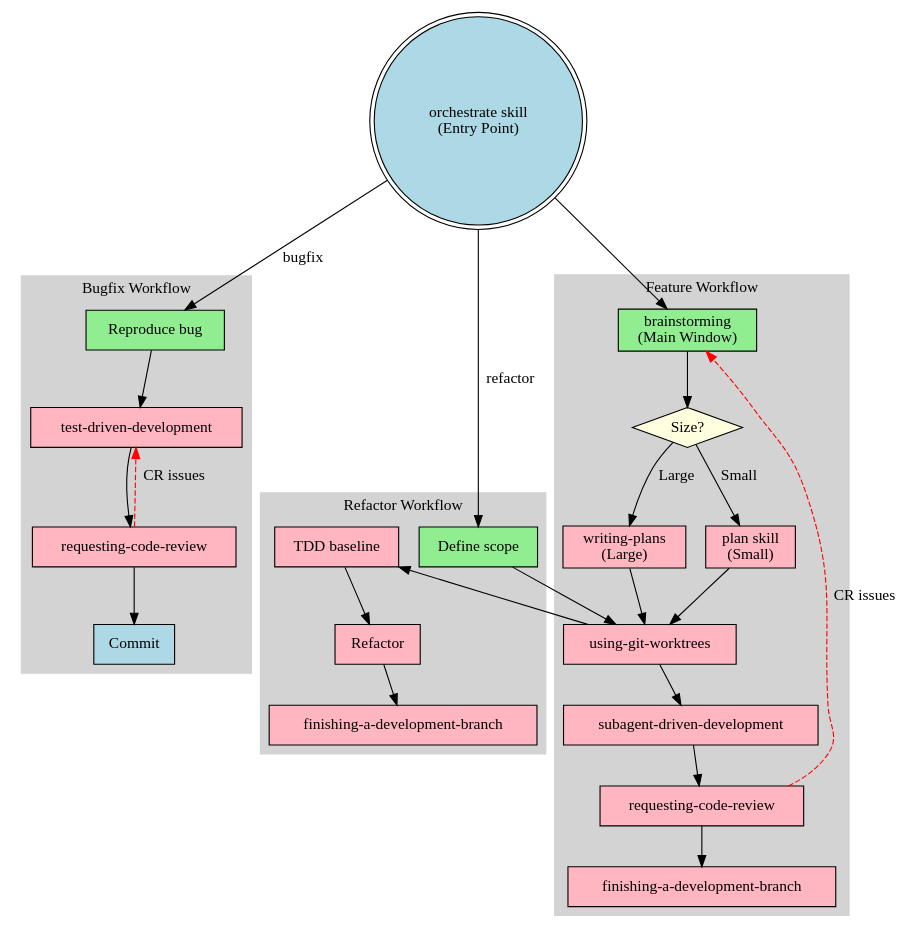
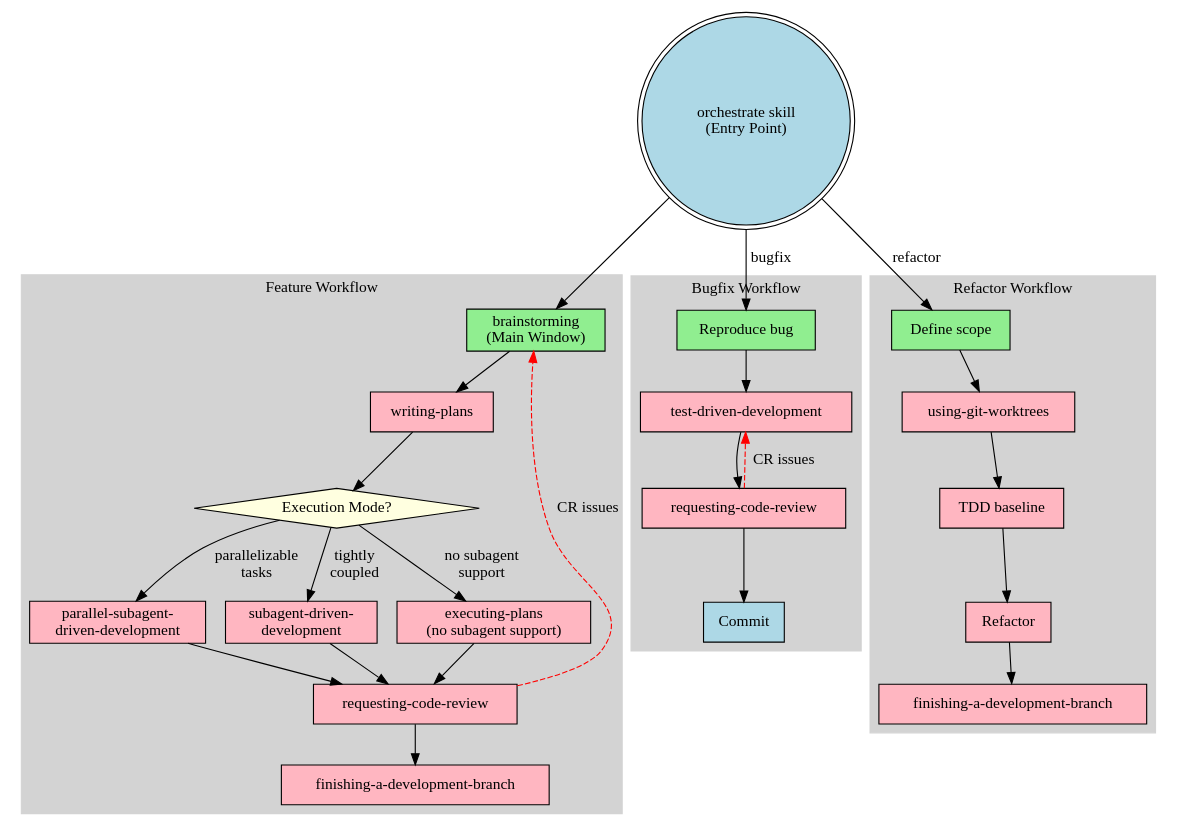
Before and after one commit to icefrag/guozhi-claude-code: the diagram in skills/nbl.orchestrate/workflow-graphs.dot, drawn with Graphviz. The commit also changed 1 other file, not shown here.

Commit message:
refactor(orchestrate): update to reflect current workflow architecture
Remove references to deleted skills:
- nbl.plan (deleted)
- nbl.dispatching-parallel-agents (deleted)

Update execution modes to use current skills:
- subagent-driven-development (sequential, same session)
- parallel-subagent-driven-development (parallel, same session)
- executing-plans (parallel session, no subagent support)

Simplify workflow diagrams and decision logic to match current state.

```diff
--- a/skills/nbl.orchestrate/workflow-graphs.dot
+++ b/skills/nbl.orchestrate/workflow-graphs.dot
@@ -1,73 +1,75 @@
 digraph orchestrate_workflows {
     rankdir=TB;
     node [shape=box style=filled];
 
     // Entry point
     orchestrate [shape=doublecircle fillcolor=lightblue label="orchestrate skill\n(Entry Point)"];
 
     // Workflow branches
     subgraph cluster_feature {
         label="Feature Workflow";
         style=filled;
         color=lightgray;
 
         brainstorming [fillcolor=lightgreen label="brainstorming\n(Main Window)"];
-        assess_size [shape=diamond fillcolor=lightyellow label="Size?"];
-        writing_plans [fillcolor=lightpink label="writing-plans\n(Large)"];
-        plan_skill [fillcolor=lightpink label="plan skill\n(Small)"];
-        worktree [fillcolor=lightpink label="using-git-worktrees"];
-        execute [fillcolor=lightpink label="subagent-driven-development"];
+        writing_plans [fillcolor=lightpink label="writing-plans"];
+        choose_mode [shape=diamond fillcolor=lightyellow label="Execution Mode?"];
+        parallel_exec [fillcolor=lightpink label="parallel-subagent-\ndriven-development"];
+        sequential_exec [fillcolor=lightpink label="subagent-driven-\ndevelopment"];
+        parallel_session [fillcolor=lightpink label="executing-plans\n(no subagent support)"];
         code_review [fillcolor=lightpink label="requesting-code-review"];
         finish [fillcolor=lightpink label="finishing-a-development-branch"];
     }
 
     subgraph cluster_bugfix {
         label="Bugfix Workflow";
         style=filled;
         color=lightgray;
 
         reproduce [fillcolor=lightgreen label="Reproduce bug"];
         tdd [fillcolor=lightpink label="test-driven-development"];
         cr [fillcolor=lightpink label="requesting-code-review"];
         commit [fillcolor=lightblue label="Commit"];
     }
 
     subgraph cluster_refactor {
         label="Refactor Workflow";
         style=filled;
         color=lightgray;
 
         scope [fillcolor=lightgreen label="Define scope"];
+        worktree_r [fillcolor=lightpink label="using-git-worktrees"];
         baseline [fillcolor=lightpink label="TDD baseline"];
         refactor [fillcolor=lightpink label="Refactor"];
         finish_r [fillcolor=lightpink label="finishing-a-development-branch"];
     }
 
     // Feature flow
     orchestrate -> brainstorming;
-    brainstorming -> assess_size;
-    assess_size -> writing_plans [label="Large"];
-    assess_size -> plan_skill [label="Small"];
-    writing_plans -> worktree;
-    plan_skill -> worktree;
-    worktree -> execute;
-    execute -> code_review;
+    brainstorming -> writing_plans;
+    writing_plans -> choose_mode;
+    choose_mode -> parallel_exec [label="parallelizable\ntasks"];
+    choose_mode -> sequential_exec [label="tightly\ncoupled"];
+    choose_mode -> parallel_session [label="no subagent\nsupport"];
+    parallel_exec -> code_review;
+    sequential_exec -> code_review;
+    parallel_session -> code_review;
     code_review -> finish;
 
     // Bugfix flow
     orchestrate -> reproduce [label="bugfix"];
     reproduce -> tdd;
     tdd -> cr;
     cr -> commit;
 
     // Refactor flow
     orchestrate -> scope [label="refactor"];
-    scope -> worktree;
-    worktree -> baseline;
+    scope -> worktree_r;
+    worktree_r -> baseline;
     baseline -> refactor;
     refactor -> finish_r;
 
     // Code review feedback loop
     code_review -> brainstorming [label="CR issues" style=dashed color=red];
     cr -> tdd [label="CR issues" style=dashed color=red];
 }
```
